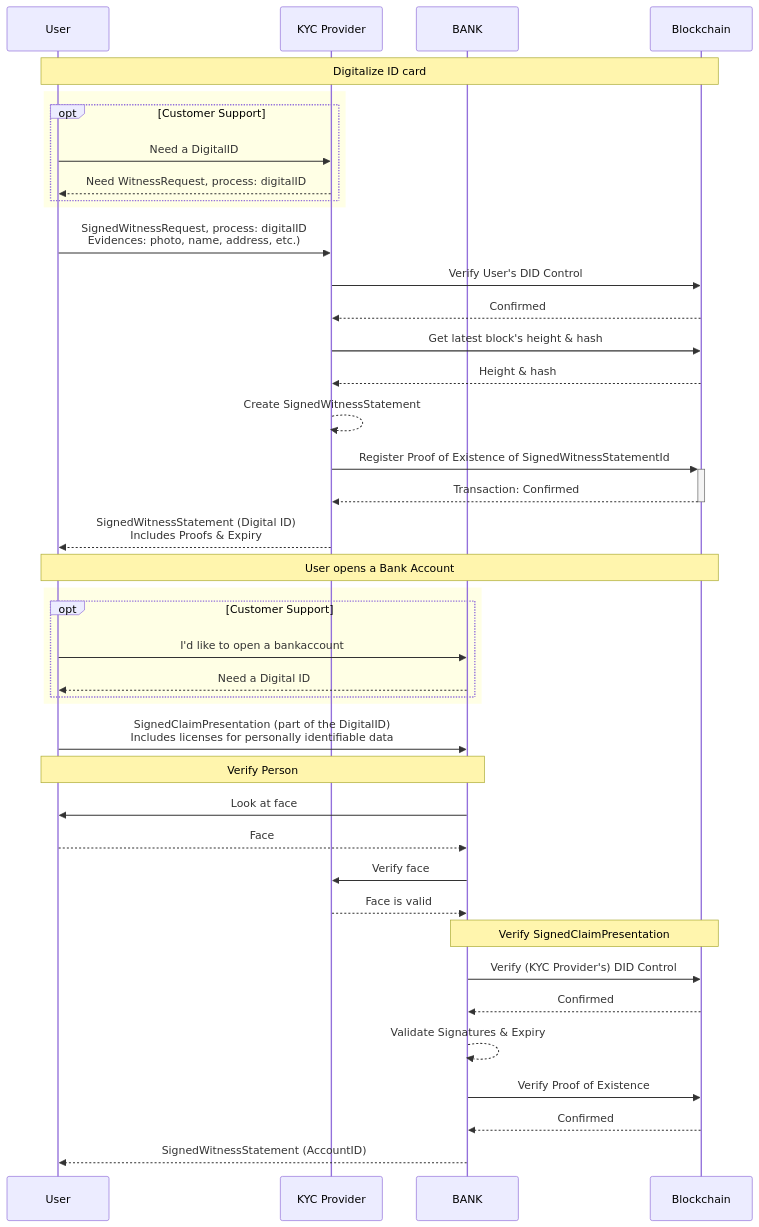
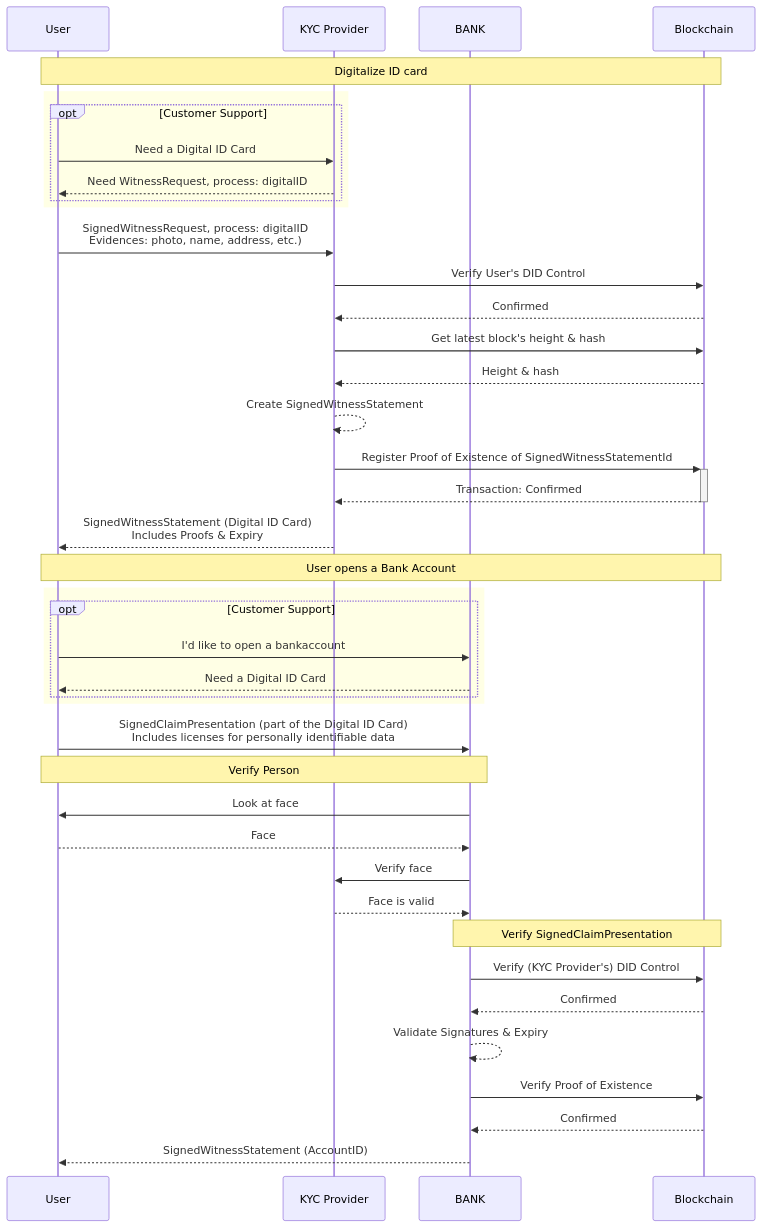
Before and after one commit to HydraMeshnet/developer-portal: the first of 4 diagrams in usecases/kyc_provider.md, drawn with Mermaid. The commit also changed other lines of this file, not shown here.

Commit message:
Use Digital ID Card consistently

````diff
--- a/usecases/kyc_provider.md
+++ b/usecases/kyc_provider.md
@@ -35,51 +35,51 @@
 ```mermaid
 sequenceDiagram
   participant User
   participant KYC Provider
   participant BANK
   participant Blockchain
 
   note over User,Blockchain: Digitalize ID card
   rect rgba(255, 255, 0, .1)
   opt Customer Support
-  User ->> KYC Provider: Need a DigitalID
+  User ->> KYC Provider: Need a Digital ID Card
   KYC Provider -->> User: Need WitnessRequest, process: digitalID
   end
   end
   
   User ->> KYC Provider: SignedWitnessRequest, process: digitalID<br>Evidences: photo, name, address, etc.)
   KYC Provider ->> Blockchain: Verify User's DID Control
   Blockchain -->> KYC Provider: Confirmed
   KYC Provider ->> Blockchain: Get latest block's height & hash
   Blockchain -->> KYC Provider: Height & hash
   KYC Provider -->> KYC Provider: Create SignedWitnessStatement
   KYC Provider ->> +Blockchain: Register Proof of Existence of SignedWitnessStatementId
   Blockchain -->> -KYC Provider: Transaction: Confirmed
-  KYC Provider -->> User: SignedWitnessStatement (Digital ID)<br>Includes Proofs & Expiry
+  KYC Provider -->> User: SignedWitnessStatement (Digital ID Card)<br>Includes Proofs & Expiry
   
   note over User,Blockchain: User opens a Bank Account
   rect rgba(255, 255, 0, .1)
   opt Customer Support
   User ->> BANK: I'd like to open a bankaccount
-  BANK -->> User: Need a Digital ID
+  BANK -->> User: Need a Digital ID Card
   end
   end
   
-  User ->> BANK: SignedClaimPresentation (part of the DigitalID)<br>Includes licenses for personally identifiable data
+  User ->> BANK: SignedClaimPresentation (part of the Digital ID Card)<br>Includes licenses for personally identifiable data
   
   note over User,BANK: Verify Person
   BANK ->> User: Look at face
   User -->> BANK: Face
   BANK ->> KYC Provider: Verify face
   KYC Provider -->> BANK: Face is valid
   
   note over BANK,Blockchain: Verify SignedClaimPresentation
   BANK ->> Blockchain: Verify (KYC Provider's) DID Control
   Blockchain -->> BANK: Confirmed
   
   BANK -->> BANK: Validate Signatures & Expiry
   BANK ->> Blockchain: Verify Proof of Existence
   Blockchain -->> BANK: Confirmed
   
   BANK -->> User: SignedWitnessStatement (AccountID)
 ```
````
